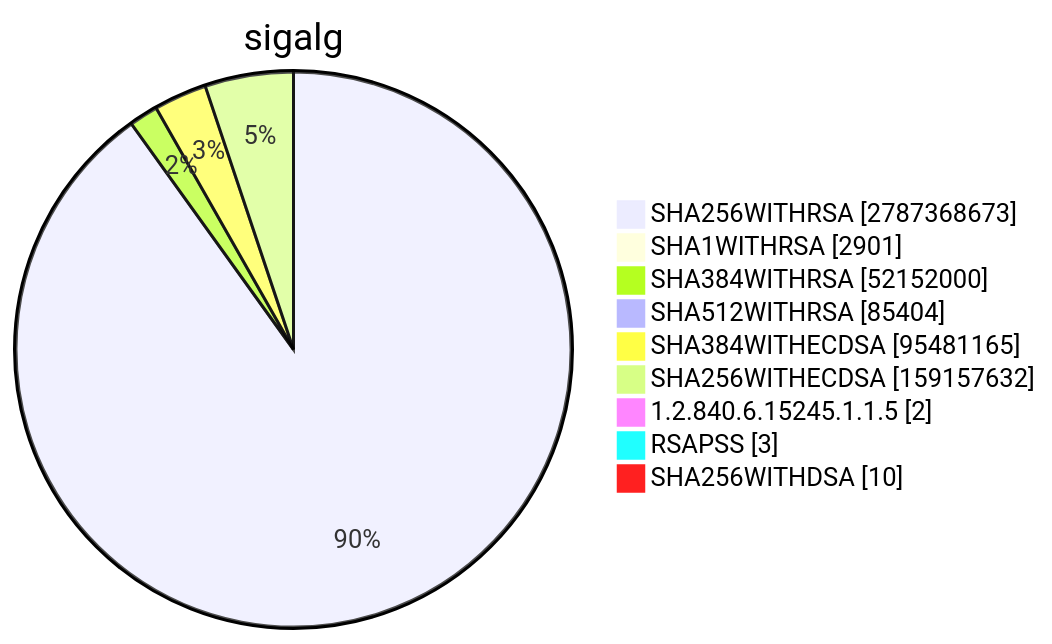
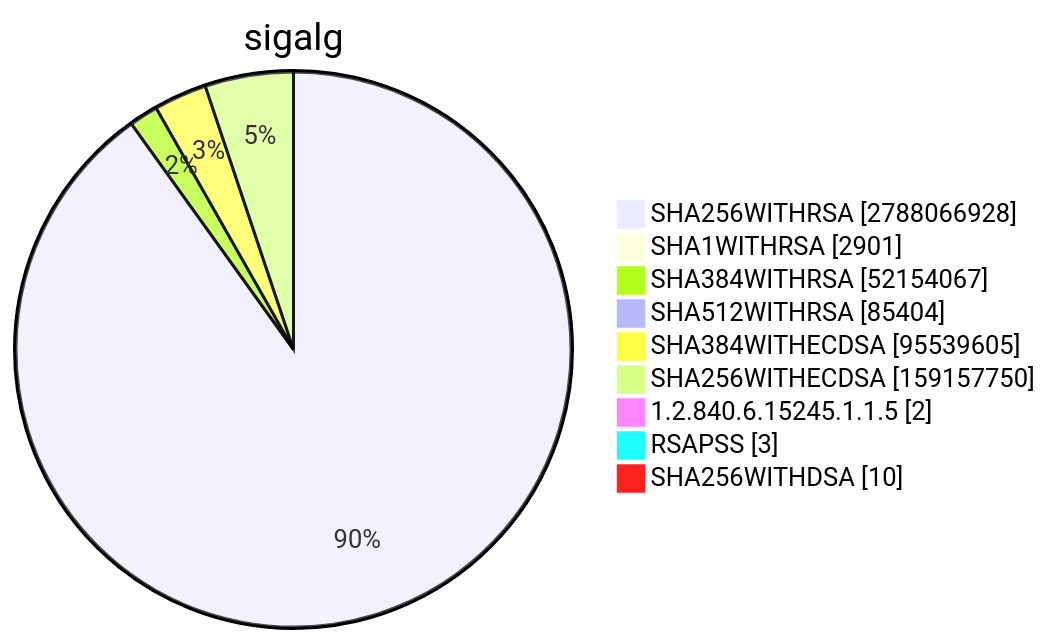
One commit to christiankrug/ctmonitor_visualization changed diagram 15 of 15 in TOTAL/README.md. Above: the diagram before and after it, drawn with Mermaid. The commit also changed other lines of this file, not shown here.

````diff
--- a/TOTAL/README.md
+++ b/TOTAL/README.md
@@ -6205,13 +6205,13 @@
 ```mermaid
 pie showData
 title sigalg
-"SHA256WITHRSA" :2787368673
+"SHA256WITHRSA" :2788066928
 "SHA1WITHRSA" :2901
-"SHA384WITHRSA" :52152000
+"SHA384WITHRSA" :52154067
 "SHA512WITHRSA" :85404
-"SHA384WITHECDSA" :95481165
-"SHA256WITHECDSA" :159157632
+"SHA384WITHECDSA" :95539605
+"SHA256WITHECDSA" :159157750
 "1.2.840.6.15245.1.1.5" :2
 "RSAPSS" :3
 "SHA256WITHDSA" :10
 ```
````
